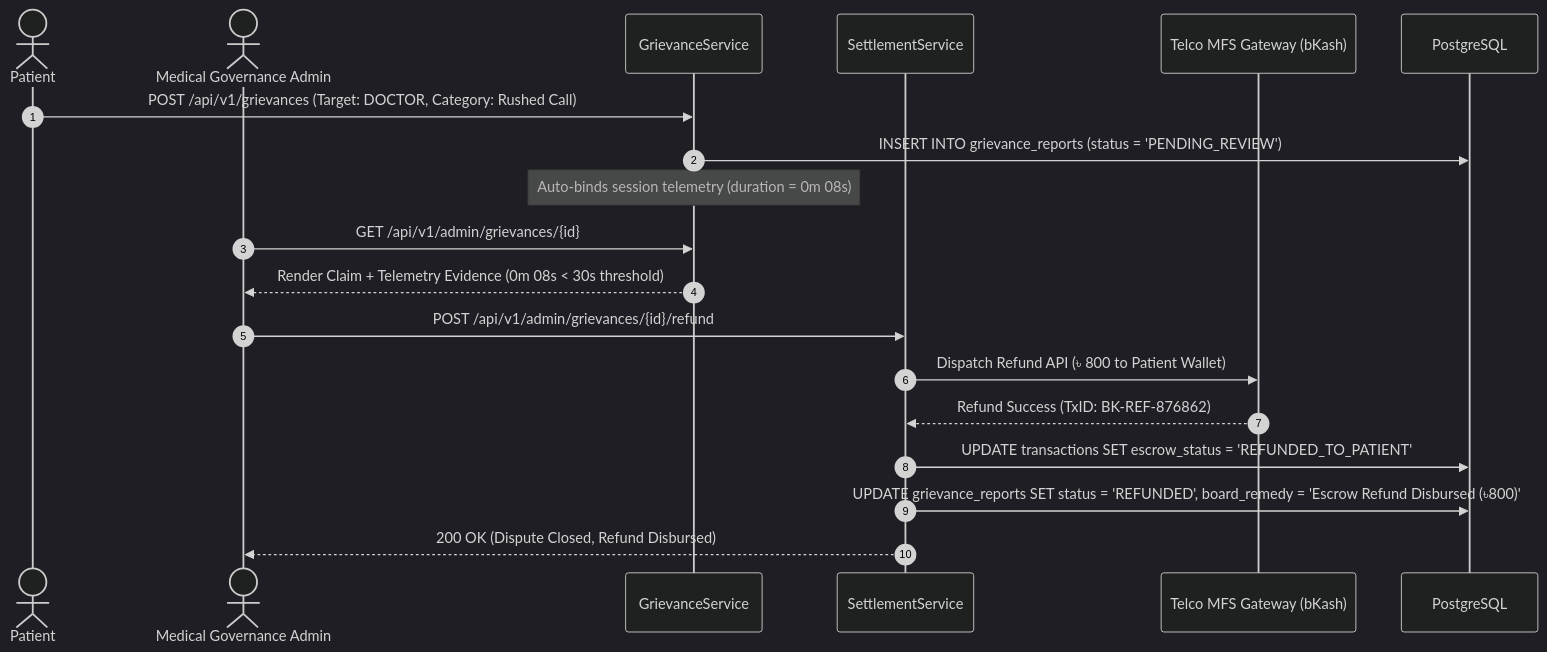
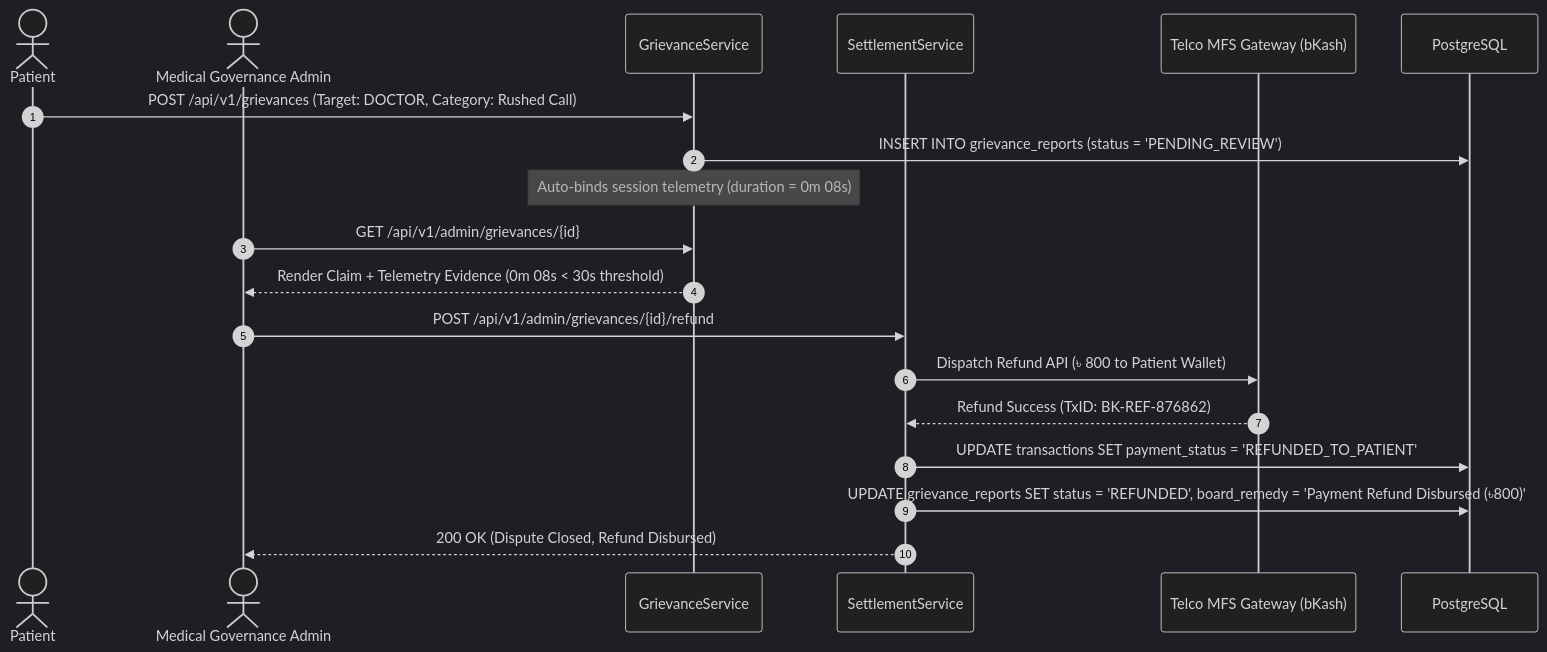
Before and after one commit to MeherabHS/hellodoctor: the fourth of 5 diagrams in docs/DATA_FLOW.md, drawn with Mermaid (dark theme). The commit also changed other lines of this file and 8 other files, not shown here.

````diff
--- a/docs/DATA_FLOW.md
+++ b/docs/DATA_FLOW.md
@@ -114,22 +139,22 @@
 ```mermaid
 sequenceDiagram
     autonumber
     actor Patient as Patient
     actor Admin as Medical Governance Admin
     participant GrievanceSvc as GrievanceService
     participant SettlementSvc as SettlementService
     participant MFS as Telco MFS Gateway (bKash)
     participant DB as PostgreSQL
 
     Patient->>GrievanceSvc: POST /api/v1/grievances (Target: DOCTOR, Category: Rushed Call)
     GrievanceSvc->>DB: INSERT INTO grievance_reports (status = 'PENDING_REVIEW')
     Note over GrievanceSvc: Auto-binds session telemetry (duration = 0m 08s)
     Admin->>GrievanceSvc: GET /api/v1/admin/grievances/{id}
     GrievanceSvc-->>Admin: Render Claim + Telemetry Evidence (0m 08s < 30s threshold)
     Admin->>SettlementSvc: POST /api/v1/admin/grievances/{id}/refund
     SettlementSvc->>MFS: Dispatch Refund API (৳ 800 to Patient Wallet)
     MFS-->>SettlementSvc: Refund Success (TxID: BK-REF-876862)
-    SettlementSvc->>DB: UPDATE transactions SET escrow_status = 'REFUNDED_TO_PATIENT'
-    SettlementSvc->>DB: UPDATE grievance_reports SET status = 'REFUNDED', board_remedy = 'Escrow Refund Disbursed (৳800)'
+    SettlementSvc->>DB: UPDATE transactions SET payment_status = 'REFUNDED_TO_PATIENT'
+    SettlementSvc->>DB: UPDATE grievance_reports SET status = 'REFUNDED', board_remedy = 'Payment Refund Disbursed (৳800)'
     SettlementSvc-->>Admin: 200 OK (Dispute Closed, Refund Disbursed)
 ```
````
